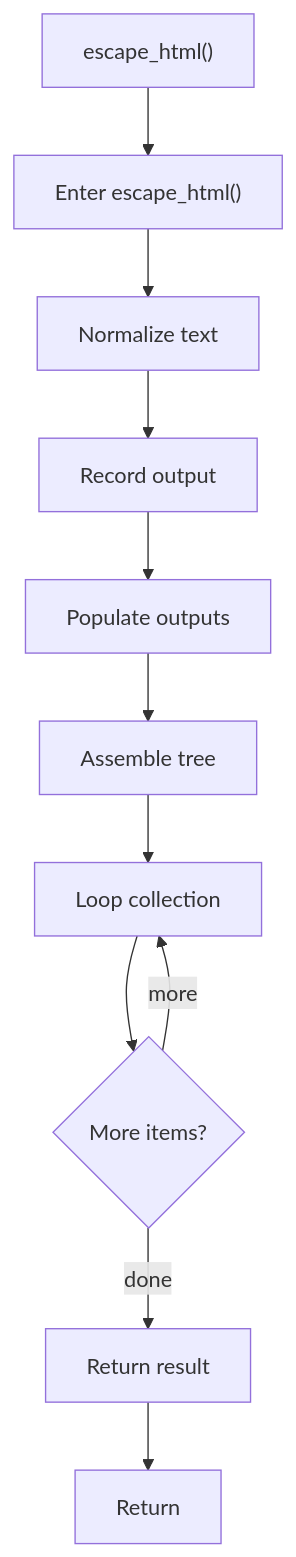
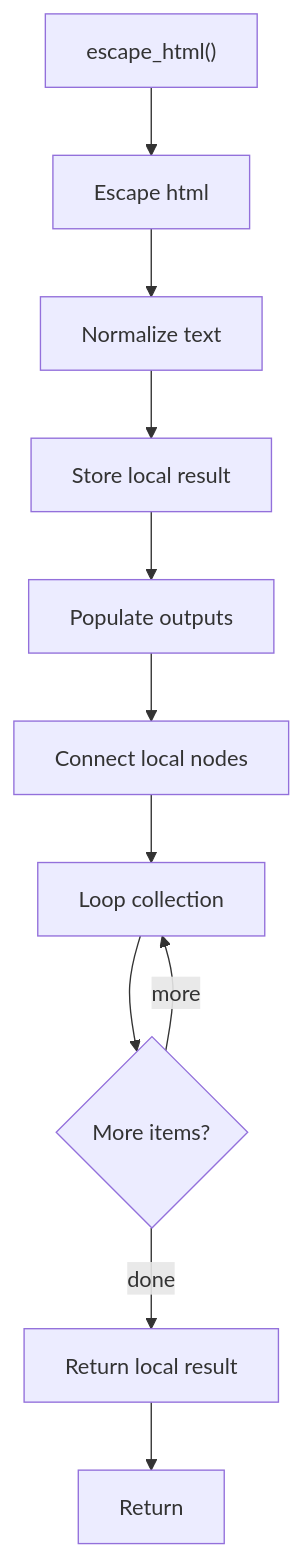
One commit to JohnAndrewBalbarosa/NeoTerritory changed the fifth of 9 diagrams in docs/Codebase/Microservice/Modules/Source/OutputGeneration/Render/tree_html_renderer.cpp.md. Above: the diagram before and after it, drawn with Mermaid. The commit also changed other lines of this file and 925 other files, not shown here.

````diff
--- a/docs/Codebase/Microservice/Modules/Source/OutputGeneration/Render/tree_html_renderer.cpp.md
+++ b/docs/Codebase/Microservice/Modules/Source/OutputGeneration/Render/tree_html_renderer.cpp.md
@@ -150,23 +149,23 @@
 ```mermaid
 flowchart TD
     Start["escape_html()"]
-    N0["Enter escape_html()"]
+    N0["Escape html"]
     N1["Normalize text"]
-    N2["Record output"]
+    N2["Store local result"]
     N3["Populate outputs"]
-    N4["Assemble tree"]
+    N4["Connect local nodes"]
     N5["Loop collection"]
     L5{"More items?"}
-    N6["Return result"]
+    N6["Return local result"]
     End["Return"]
     Start --> N0
     N0 --> N1
     N1 --> N2
     N2 --> N3
     N3 --> N4
     N4 --> N5
     N5 --> L5
     L5 -->|more| N5
     L5 -->|done| N6
     N6 --> End
 ```
````
